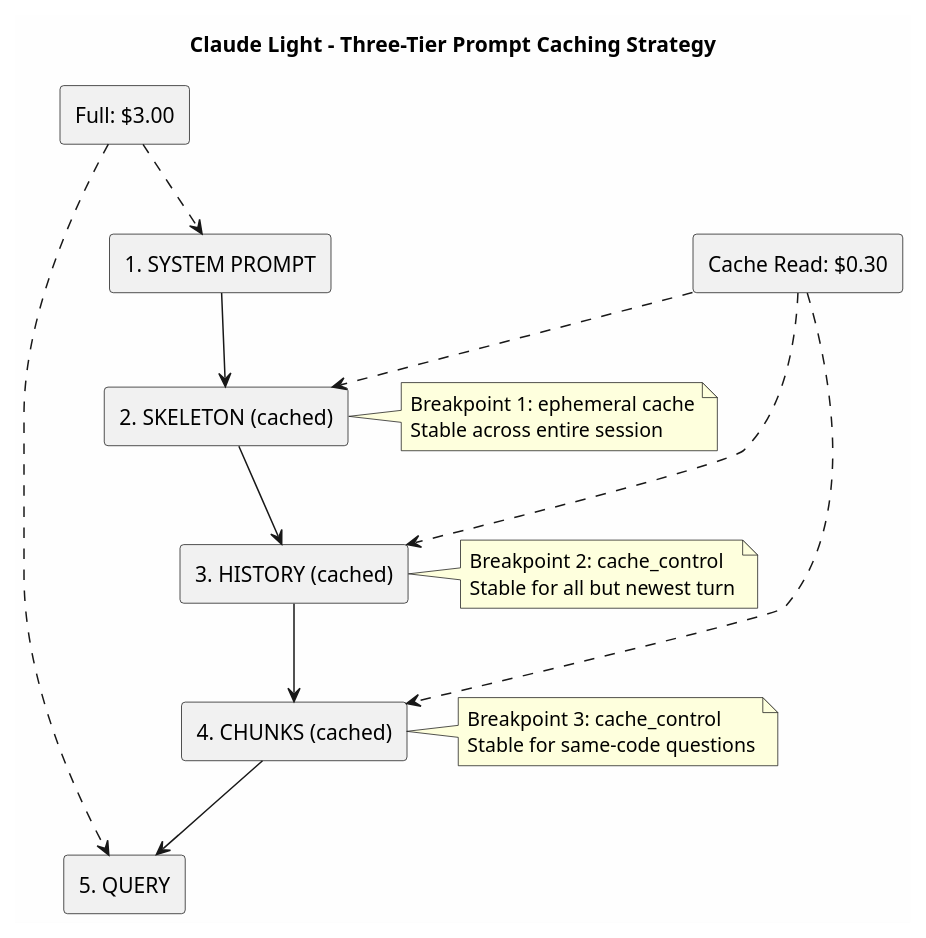
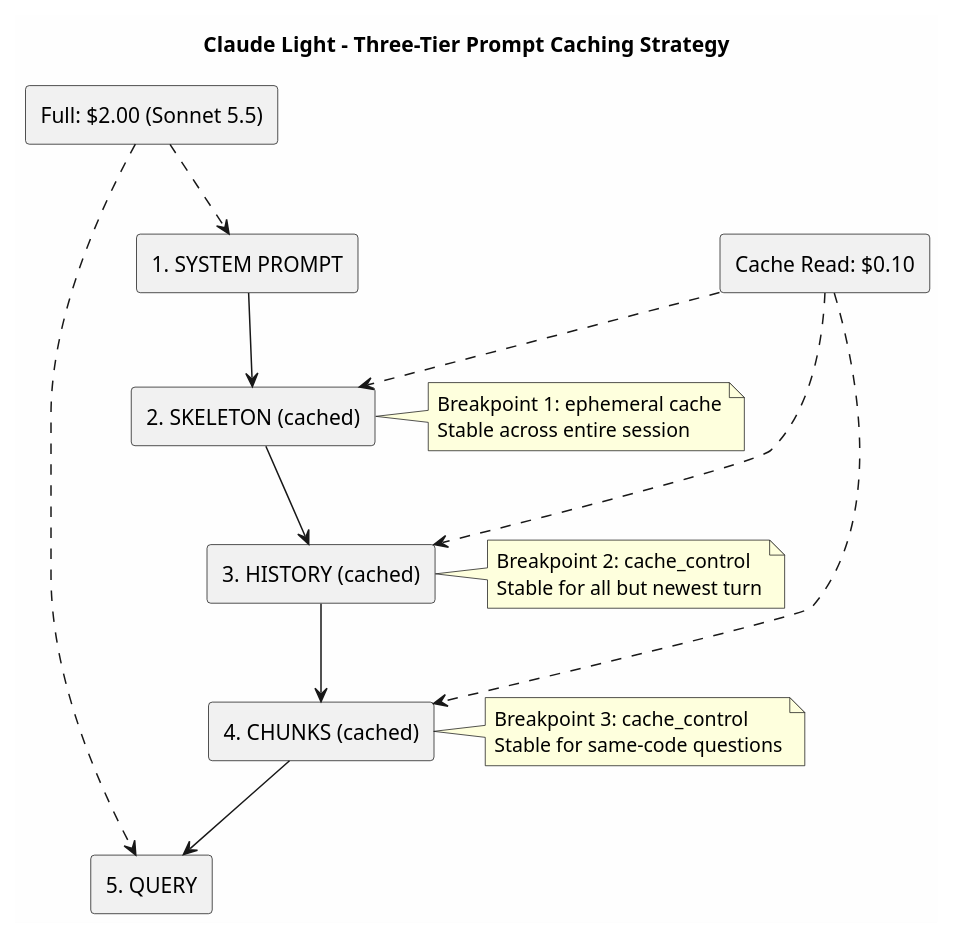
Before and after one commit to PIsberg/claude_light: the third of 5 diagrams in docs/architecture.md, drawn with PlantUML. The commit also changed other lines of this file and 11 other files, not shown here.

````diff
--- a/docs/architecture.md
+++ b/docs/architecture.md
@@ -335,43 +336,43 @@
 ```plantuml
 @startuml Claude_Light_Caching_Diagram
 title Claude Light - Three-Tier Prompt Caching Strategy
 
 skinparam backgroundColor #FEFEFE
 
 rectangle "1. SYSTEM PROMPT" as SystemPrompt
 rectangle "2. SKELETON (cached)" as Skeleton
 rectangle "3. HISTORY (cached)" as History
 rectangle "4. CHUNKS (cached)" as Chunks
 rectangle "5. QUERY" as Query
 
 SystemPrompt --> Skeleton
 Skeleton --> History
 History --> Chunks
 Chunks --> Query
 
 note right of Skeleton
   Breakpoint 1: ephemeral cache
   Stable across entire session
 end note
 
 note right of History
   Breakpoint 2: cache_control
   Stable for all but newest turn
 end note
 
 note right of Chunks
   Breakpoint 3: cache_control
   Stable for same-code questions
 end note
 
-rectangle "Full: $3.00" as FullPrice
-rectangle "Cache Read: $0.30" as CacheRead
+rectangle "Full: $2.00 (Sonnet 5.5)" as FullPrice
+rectangle "Cache Read: $0.10" as CacheRead
 
 FullPrice ..> SystemPrompt
 FullPrice ..> Query
 CacheRead ..> Skeleton
 CacheRead ..> History
 CacheRead ..> Chunks
 
 @enduml
 ```
````
